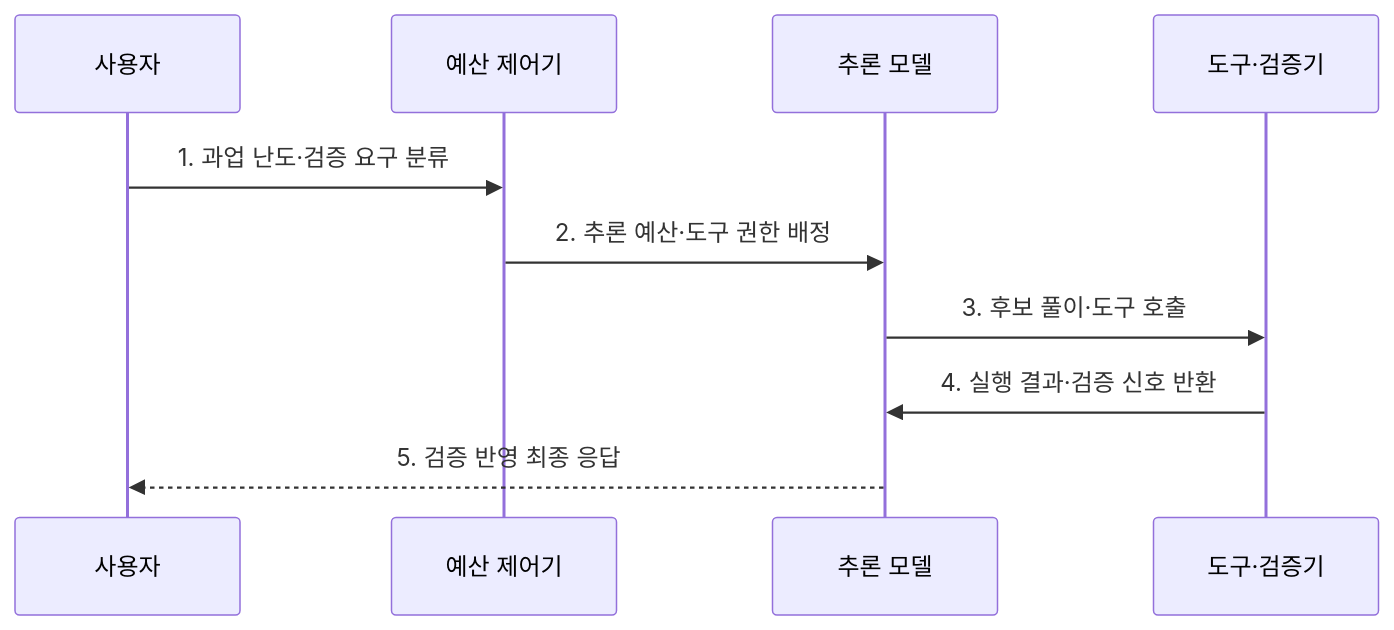
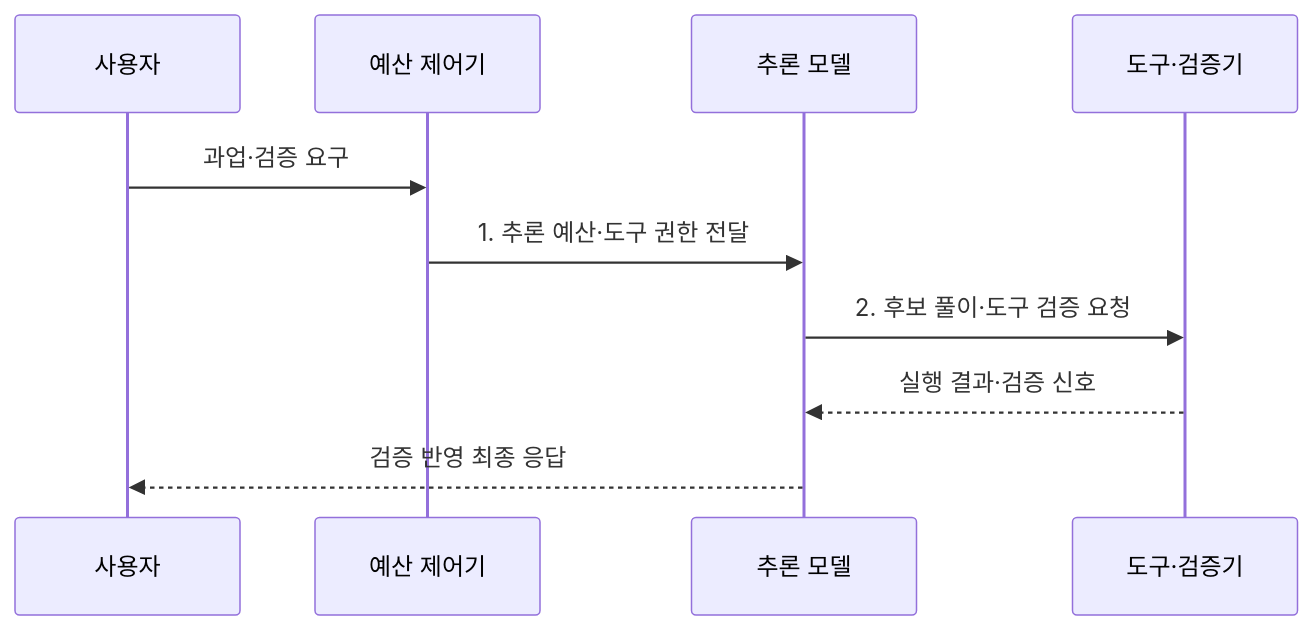
The second of 2 diagrams in src/content/docs/notes/08-latest-tech/041_reasoning_llm.md (agnusdei1207/knowledge-base), drawn with Mermaid before and after one commit. The commit also changed other lines of this file and 225 other files, not shown here.

````diff
--- a/src/content/docs/notes/08-latest-tech/041_reasoning_llm.md
+++ b/src/content/docs/notes/08-latest-tech/041_reasoning_llm.md
@@ -76,12 +76,12 @@
 ```mermaid
 sequenceDiagram
     participant U as 사용자
     participant C as 예산 제어기
     participant M as 추론 모델
     participant V as 도구·검증기
-    U->>C: 1. 과업 난도·검증 요구 분류
-    C->>M: 2. 추론 예산·도구 권한 배정
-    M->>V: 3. 후보 풀이·도구 호출
-    V->>M: 4. 실행 결과·검증 신호 반환
-    M-->>U: 5. 검증 반영 최종 응답
+    U->>C: 과업·검증 요구
+    C->>M: 1. 추론 예산·도구 권한 전달
+    M->>V: 2. 후보 풀이·도구 검증 요청
+    V-->>M: 실행 결과·검증 신호
+    M-->>U: 검증 반영 최종 응답
 ```
````
